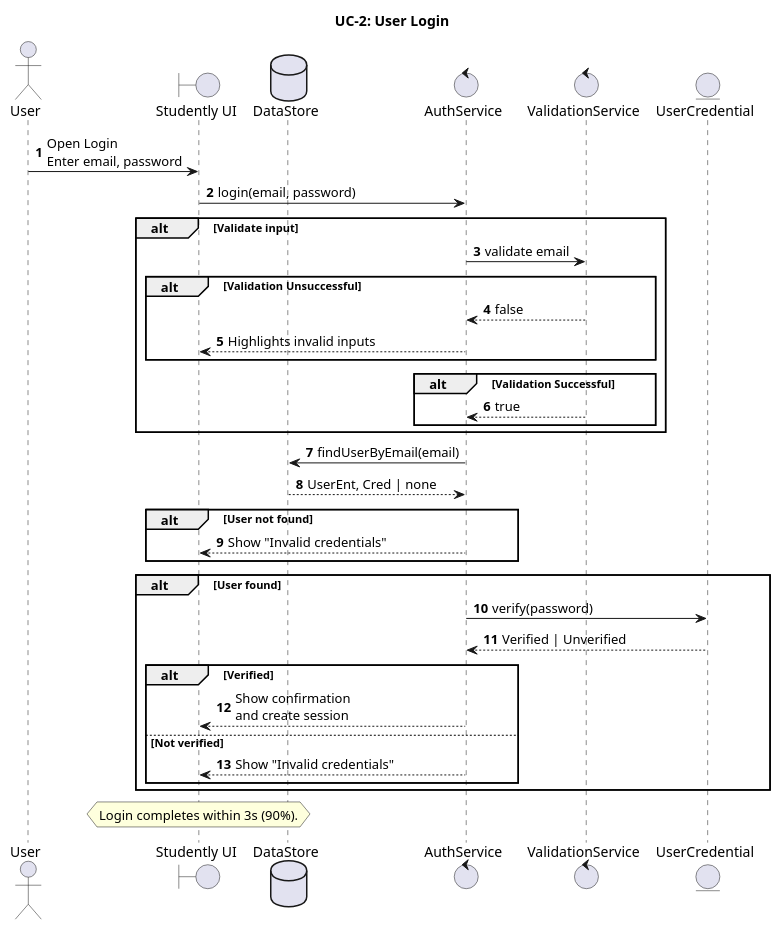
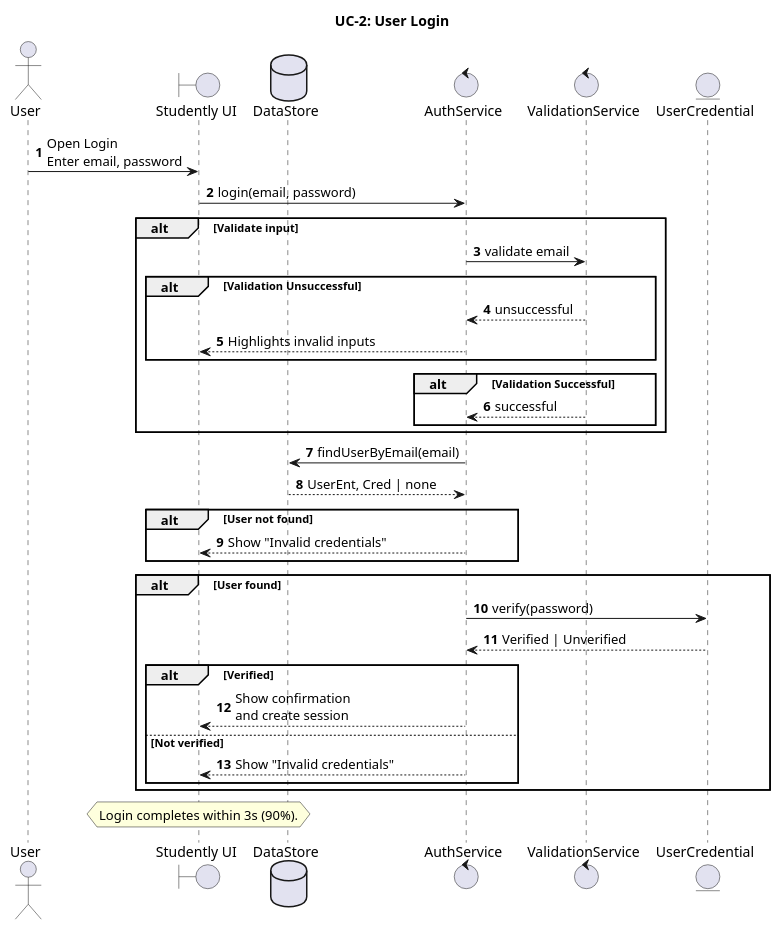
One commit to talhaahmed884/Adv.SE-Semester-Project changed the diagram in src/com/cpp/project/uml/sequence/SD-UC-2.puml. Above: the diagram before and after it, drawn with PlantUML. The commit also changed 1 other file, not shown here.

```diff
--- a/src/com/cpp/project/uml/sequence/SD-UC-2.puml
+++ b/src/com/cpp/project/uml/sequence/SD-UC-2.puml
@@ -1,52 +1,52 @@
 @startuml
 
 title UC-2: User Login
 autonumber
 
 actor "User" as U
 boundary "Studently UI" as UI
 database "DataStore" as DB
 
 control "AuthService" as AService
 control "ValidationService" as vService
 entity "UserCredential" as Cred
 
 U -> UI: Open Login\nEnter email, password
 UI -> AService: login(email, password)
 
 alt Validate input
     AService -> vService: validate email
 
     alt Validation Unsuccessful
-        vService --> AService: false
+        vService --> AService: unsuccessful
         AService --> UI: Highlights invalid inputs
     end
     alt Validation Successful
-        vService --> AService: true
+        vService --> AService: successful
     end
 end
 
 
 AService -> DB: findUserByEmail(email)
 DB --> AService: UserEnt, Cred | none
 
 alt User not found
     AService --> UI: Show "Invalid credentials"
 end
 
 alt User found
     AService -> Cred: verify(password)
     Cred --> AService: Verified | Unverified
 
     alt Verified
         AService --> UI: Show confirmation\nand create session
     else Not verified
         AService --> UI: Show "Invalid credentials"
     end
 end
 
 hnote over UI
     Login completes within 3s (90%).
 end hnote
 
 @enduml
```
